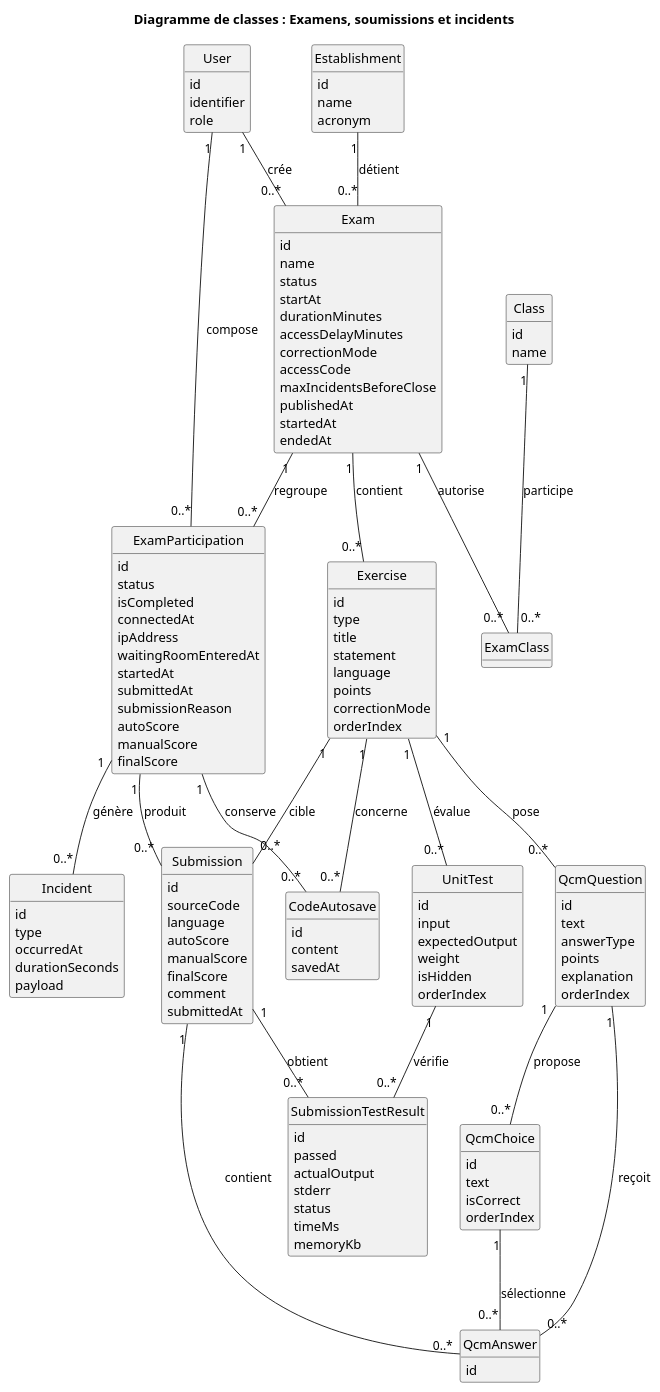
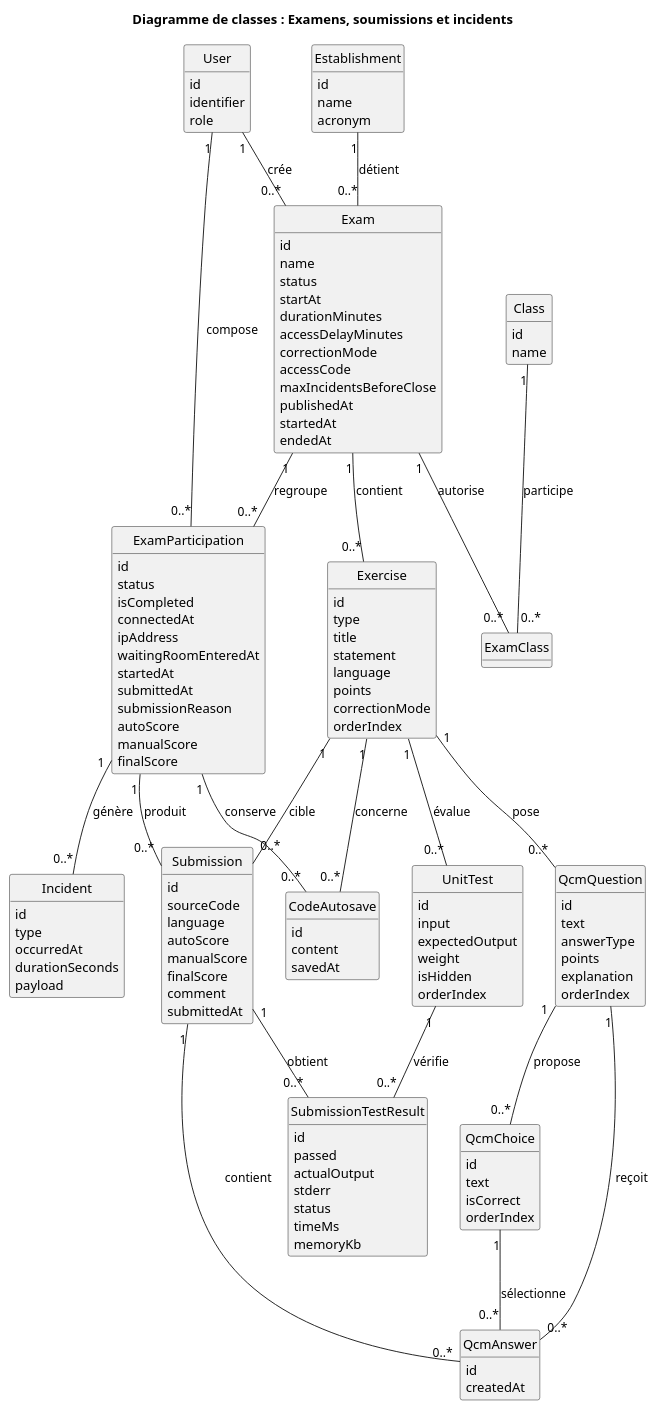
The diagram in docs/diagrammes/05b_classes_examens.puml (progirix/cylentic), drawn with PlantUML before and after one commit. The commit also changed 1 other file, not shown here.

Commit message:
Rend visibles les noms d'associations et complète QcmAnswer

```diff
--- a/docs/diagrammes/05b_classes_examens.puml
+++ b/docs/diagrammes/05b_classes_examens.puml
@@ -1,155 +1,156 @@
 @startuml
 skinparam shadowing false
 skinparam classAttributeIconSize 0
 hide empty methods
 hide circle
 
 title Diagramme de classes : Examens, soumissions et incidents
 
 class Establishment {
   id
   name
   acronym
 }
 
 class User {
   id
   identifier
   role
 }
 
 class Class {
   id
   name
 }
 
 class Exam {
   id
   name
   status
   startAt
   durationMinutes
   accessDelayMinutes
   correctionMode
   accessCode
   maxIncidentsBeforeClose
   publishedAt
   startedAt
   endedAt
 }
 
 class ExamClass {
 }
 
 class Exercise {
   id
   type
   title
   statement
   language
   points
   correctionMode
   orderIndex
 }
 
 class UnitTest {
   id
   input
   expectedOutput
   weight
   isHidden
   orderIndex
 }
 
 class QcmQuestion {
   id
   text
   answerType
   points
   explanation
   orderIndex
 }
 
 class QcmChoice {
   id
   text
   isCorrect
   orderIndex
 }
 
 class ExamParticipation {
   id
   status
   isCompleted
   connectedAt
   ipAddress
   waitingRoomEnteredAt
   startedAt
   submittedAt
   submissionReason
   autoScore
   manualScore
   finalScore
 }
 
 class Submission {
   id
   sourceCode
   language
   autoScore
   manualScore
   finalScore
   comment
   submittedAt
 }
 
 class SubmissionTestResult {
   id
   passed
   actualOutput
   stderr
   status
   timeMs
   memoryKb
 }
 
 class QcmAnswer {
   id
+  createdAt
 }
 
 class CodeAutosave {
   id
   content
   savedAt
 }
 
 class Incident {
   id
   type
   occurredAt
   durationSeconds
   payload
 }
 
-Establishment "1" -- "0..*" Exam : détient
-User "1" -- "0..*" Exam : crée
-Exam "1" -- "0..*" ExamClass : autorise
-Class "1" -- "0..*" ExamClass : participe
-Exam "1" -- "0..*" Exercise : contient
-Exam "1" -- "0..*" ExamParticipation : regroupe
-User "1" -- "0..*" ExamParticipation : compose
-Exercise "1" -- "0..*" UnitTest : évalue
-Exercise "1" -- "0..*" QcmQuestion : pose
-QcmQuestion "1" -- "0..*" QcmChoice : propose
-ExamParticipation "1" -- "0..*" Submission : produit
-Exercise "1" -- "0..*" Submission : cible
-ExamParticipation "1" -- "0..*" CodeAutosave : conserve
-Exercise "1" -- "0..*" CodeAutosave : concerne
-ExamParticipation "1" -- "0..*" Incident : génère
-Submission "1" -- "0..*" SubmissionTestResult : obtient
-UnitTest "1" -- "0..*" SubmissionTestResult : vérifie
-Submission "1" -- "0..*" QcmAnswer : contient
-QcmQuestion "1" -- "0..*" QcmAnswer : reçoit
-QcmChoice "1" -- "0..*" QcmAnswer : sélectionne
+Establishment "1" -- "0..*" Exam : "détient"
+User "1" -- "0..*" Exam : "crée"
+Exam "1" -- "0..*" ExamClass : "autorise"
+Class "1" -- "0..*" ExamClass : "participe"
+Exam "1" -- "0..*" Exercise : "contient"
+Exam "1" -- "0..*" ExamParticipation : "regroupe"
+User "1" -- "0..*" ExamParticipation : "compose"
+Exercise "1" -- "0..*" UnitTest : "évalue"
+Exercise "1" -- "0..*" QcmQuestion : "pose"
+QcmQuestion "1" -- "0..*" QcmChoice : "propose"
+ExamParticipation "1" -- "0..*" Submission : "produit"
+Exercise "1" -- "0..*" Submission : "cible"
+ExamParticipation "1" -- "0..*" CodeAutosave : "conserve"
+Exercise "1" -- "0..*" CodeAutosave : "concerne"
+ExamParticipation "1" -- "0..*" Incident : "génère"
+Submission "1" -- "0..*" SubmissionTestResult : "obtient"
+UnitTest "1" -- "0..*" SubmissionTestResult : "vérifie"
+Submission "1" -- "0..*" QcmAnswer : "contient"
+QcmQuestion "1" -- "0..*" QcmAnswer : "reçoit"
+QcmChoice "1" -- "0..*" QcmAnswer : "sélectionne"
 
 @enduml
```
